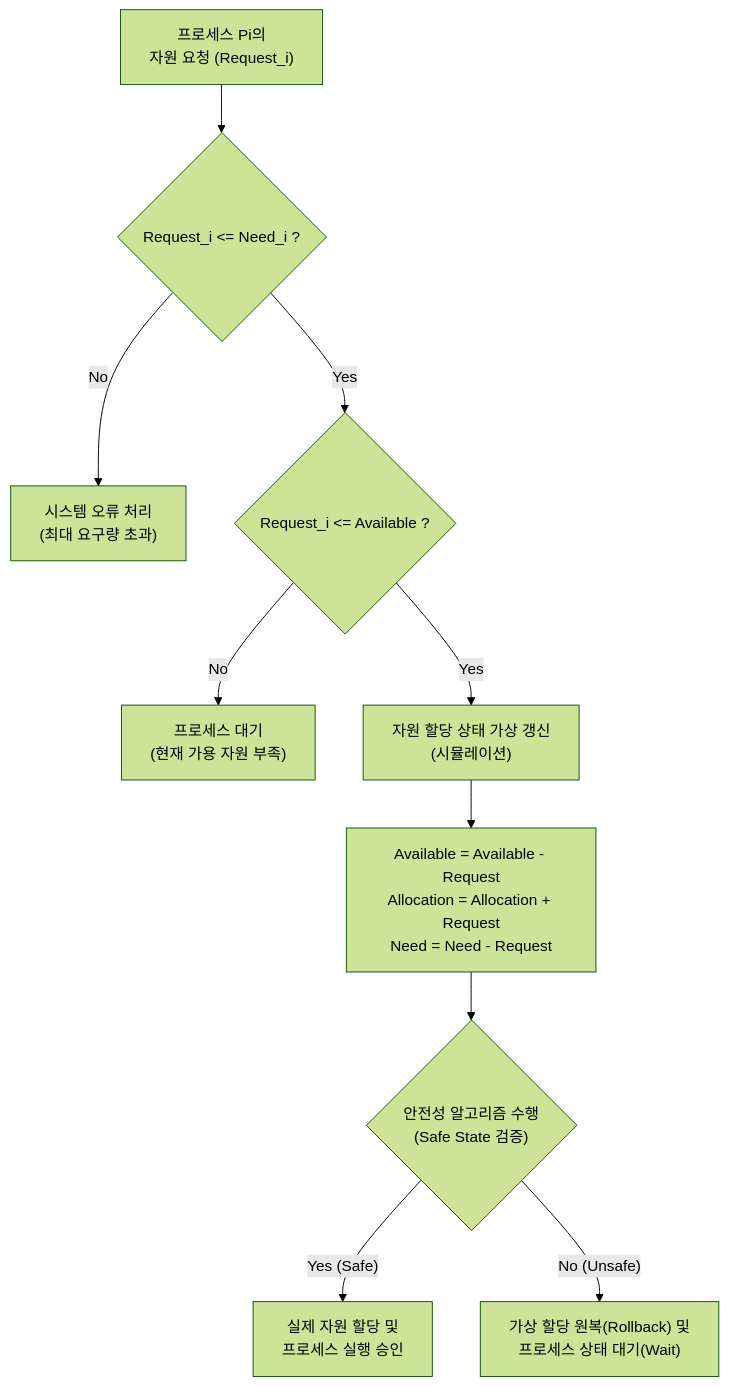
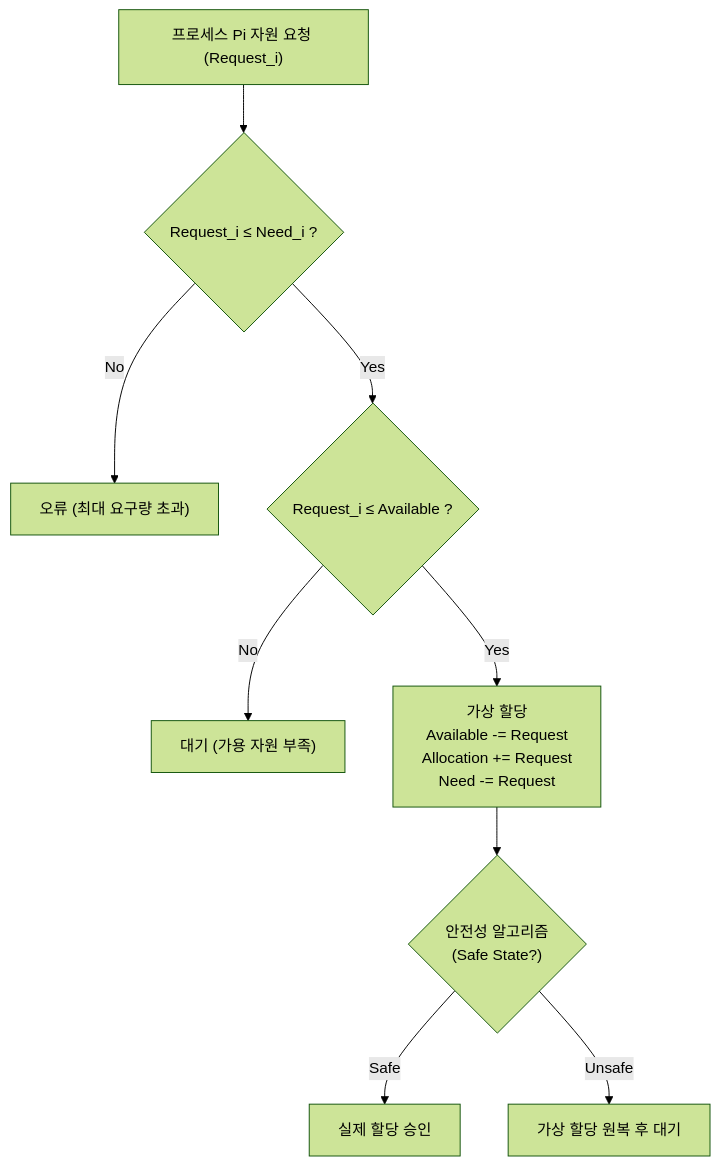
One commit to supremethumb/supremethumb.github.io changed the second of 2 diagrams in content/01_IT Tech/은행가 알고리즘.md. Above: the diagram before and after it, drawn with Mermaid (forest theme). The commit also changed other lines of this file and 1087 other files, not shown here.

````diff
--- a/content/01_IT Tech/은행가 알고리즘.md
+++ b/content/01_IT Tech/은행가 알고리즘.md
@@ -94,19 +48,11 @@
 ```mermaid
 flowchart TD
-    Start["프로세스 Pi의<br/>자원 요청 (Request_i)"] --> Cond1{"Request_i <= Need_i ?"}
-    
-    Cond1 -->|No| Err["시스템 오류 처리<br/>(최대 요구량 초과)"]
-    Cond1 -->|Yes| Cond2{"Request_i <= Available ?"}
-    
-    Cond2 -->|No| Wait["프로세스 대기<br/>(현재 가용 자원 부족)"]
-    Cond2 -->|Yes| Sim["자원 할당 상태 가상 갱신<br/>(시뮬레이션)"]
-    
-    Sim --> Update["Available = Available - Request<br/>Allocation = Allocation + Request<br/>Need = Need - Request"]
-    
-    Update --> Safety{"안전성 알고리즘 수행<br/>(Safe State 검증)"}
-    
-    Safety -->|"Yes (Safe)"| Alloc["실제 자원 할당 및<br/>프로세스 실행 승인"]
-    Safety -->|"No (Unsafe)"| Rollback["가상 할당 원복(Rollback) 및<br/>프로세스 상태 대기(Wait)"]
-
-
+    Start["프로세스 Pi 자원 요청 (Request_i)"] --> Cond1{"Request_i ≤ Need_i ?"}
+    Cond1 -->|No| Err["오류 (최대 요구량 초과)"]
+    Cond1 -->|Yes| Cond2{"Request_i ≤ Available ?"}
+    Cond2 -->|No| Wait["대기 (가용 자원 부족)"]
+    Cond2 -->|Yes| Update["가상 할당<br/>Available -= Request<br/>Allocation += Request<br/>Need -= Request"]
+    Update --> Safety{"안전성 알고리즘<br/>(Safe State?)"}
+    Safety -->|Safe| Alloc["실제 할당 승인"]
+    Safety -->|Unsafe| Rollback["가상 할당 원복 후 대기"]
 ```
````
